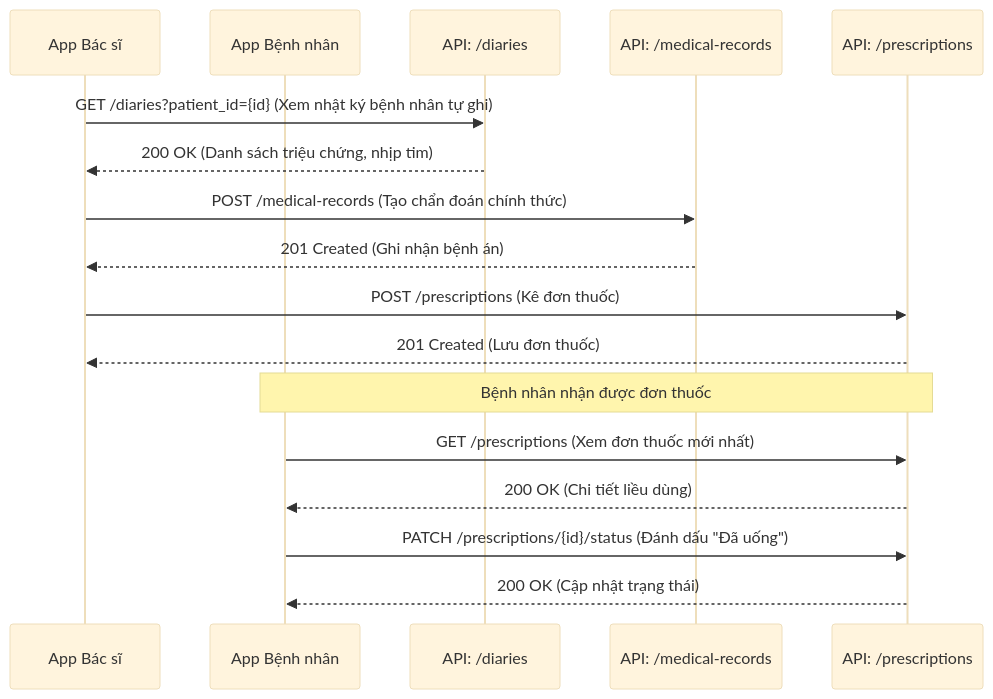
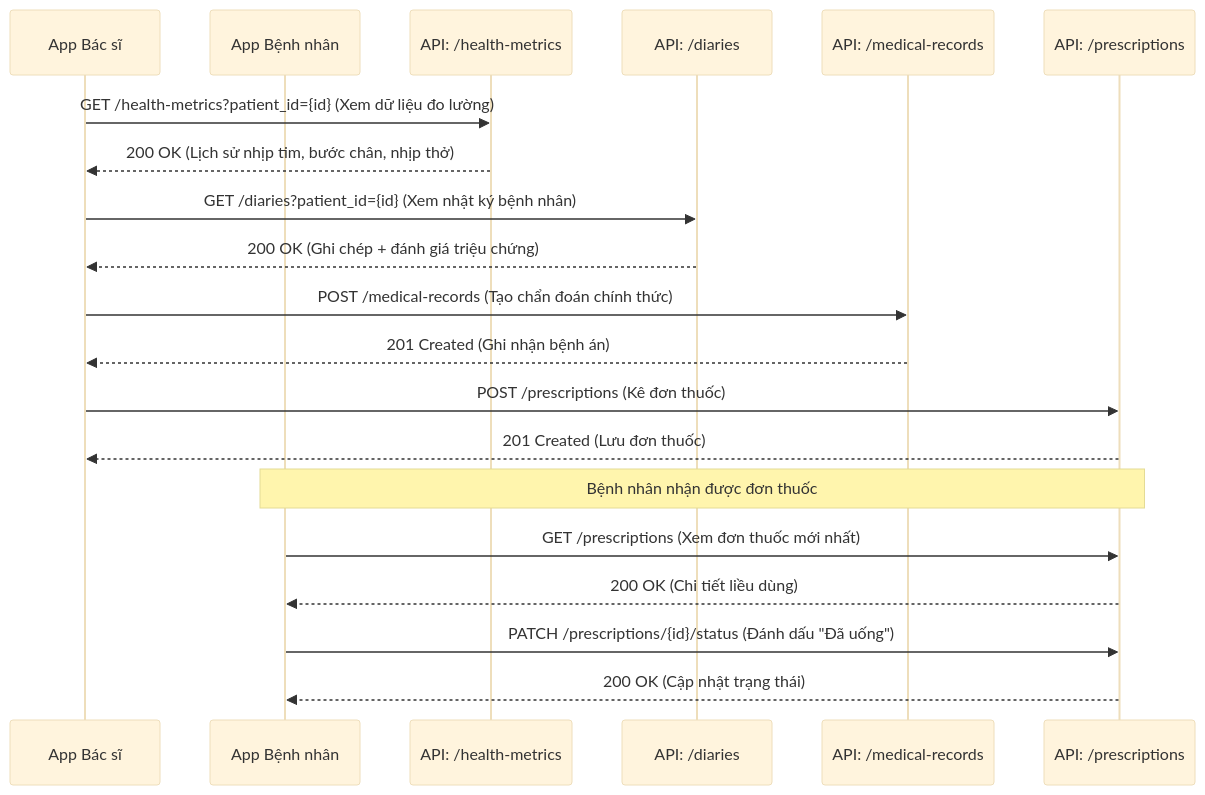
The third of 5 diagrams in backend/docs/API_FLOW.md (ImSoul0511/Medical_Diary), drawn with Mermaid (base theme) before and after one commit. The commit also changed other lines of this file and 5 other files, not shown here.

Commit message:
docs: update docs, and fix discrepancy of SSOT, API, API_FLOW, and DB_SCHEMAS

````diff
--- a/backend/docs/API_FLOW.md
+++ b/backend/docs/API_FLOW.md
@@ -72,25 +72,29 @@
 ```mermaid
 sequenceDiagram
     participant DocFE as App Bác sĩ
     participant PatFE as App Bệnh nhân
+    participant Vitals as API: /health-metrics
     participant Diary as API: /diaries
     participant Med as API: /medical-records
     participant Rx as API: /prescriptions
 
-    DocFE->>Diary: GET /diaries?patient_id={id} (Xem nhật ký bệnh nhân tự ghi)
-    Diary-->>DocFE: 200 OK (Danh sách triệu chứng, nhịp tim)
+    DocFE->>Vitals: GET /health-metrics?patient_id={id} (Xem dữ liệu đo lường)
+    Vitals-->>DocFE: 200 OK (Lịch sử nhịp tim, bước chân, nhịp thở)
+
+    DocFE->>Diary: GET /diaries?patient_id={id} (Xem nhật ký bệnh nhân)
+    Diary-->>DocFE: 200 OK (Ghi chép + đánh giá triệu chứng)
     
     DocFE->>Med: POST /medical-records (Tạo chẩn đoán chính thức)
     Med-->>DocFE: 201 Created (Ghi nhận bệnh án)
     
     DocFE->>Rx: POST /prescriptions (Kê đơn thuốc)
     Rx-->>DocFE: 201 Created (Lưu đơn thuốc)
     
     Note over Rx,PatFE: Bệnh nhân nhận được đơn thuốc
     
     PatFE->>Rx: GET /prescriptions (Xem đơn thuốc mới nhất)
     Rx-->>PatFE: 200 OK (Chi tiết liều dùng)
     
     PatFE->>Rx: PATCH /prescriptions/{id}/status (Đánh dấu "Đã uống")
     Rx-->>PatFE: 200 OK (Cập nhật trạng thái)
 ```
````
